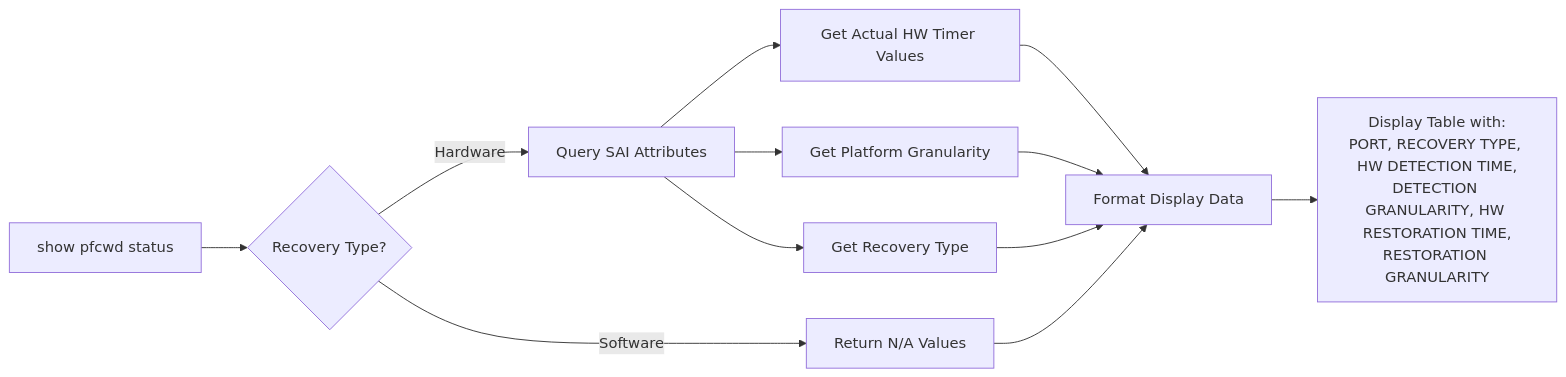
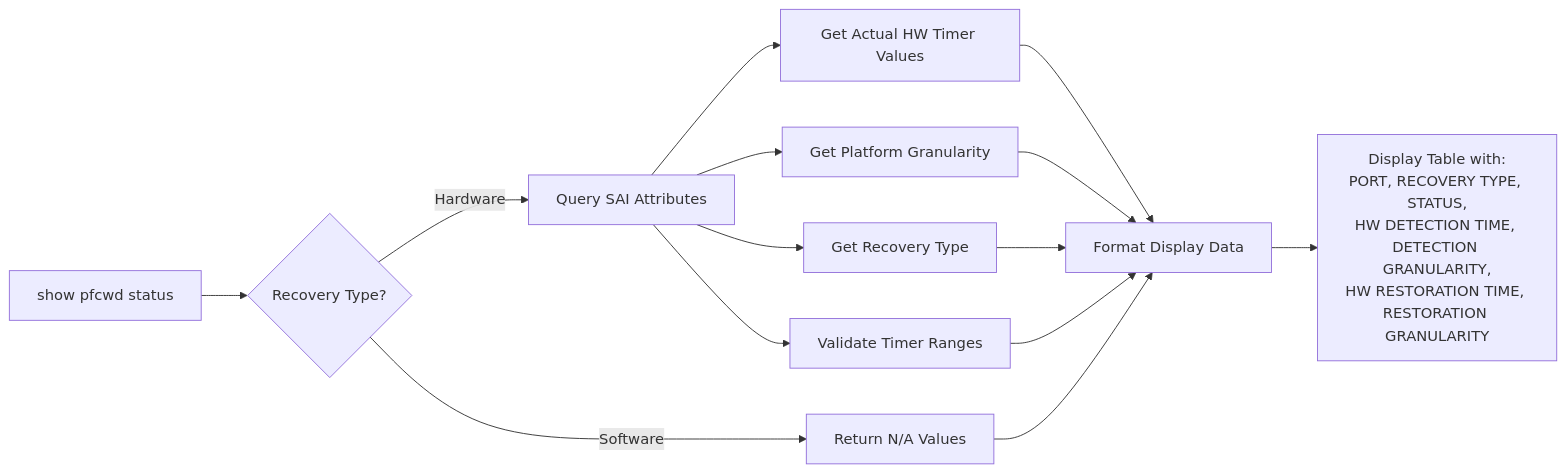
One commit to sonic-net/SONiC changed the third of 3 diagrams in doc/pfcwd/pfc_hardware_recovery_hld.md. Above: the diagram before and after it, drawn with Mermaid. The commit also changed other lines of this file, not shown here.

First line of the commit message:
Add STATUS column to CLI and update hardware recovery workflow

````diff
--- a/doc/pfcwd/pfc_hardware_recovery_hld.md
+++ b/doc/pfcwd/pfc_hardware_recovery_hld.md
@@ -242,18 +250,20 @@
 ```mermaid
 flowchart LR
     A[show pfcwd status] --> B{Recovery Type?}
 
     B -->|Hardware| C[Query SAI Attributes]
     B -->|Software| D[Return N/A Values]
 
     C --> E[Get Actual HW Timer Values]
     C --> F[Get Platform Granularity]
     C --> G[Get Recovery Type]
+    C --> J[Validate Timer Ranges]
 
     E --> H[Format Display Data]
     F --> H
     G --> H
+    J --> H
     D --> H
 
-    H --> I[Display Table with:<br/>PORT, RECOVERY TYPE, HW DETECTION TIME,<br/>DETECTION GRANULARITY, HW RESTORATION TIME,<br/>RESTORATION GRANULARITY]
+    H --> I[Display Table with:<br/>PORT, RECOVERY TYPE, STATUS,<br/>HW DETECTION TIME, DETECTION GRANULARITY,<br/>HW RESTORATION TIME, RESTORATION GRANULARITY]
 ```
````
